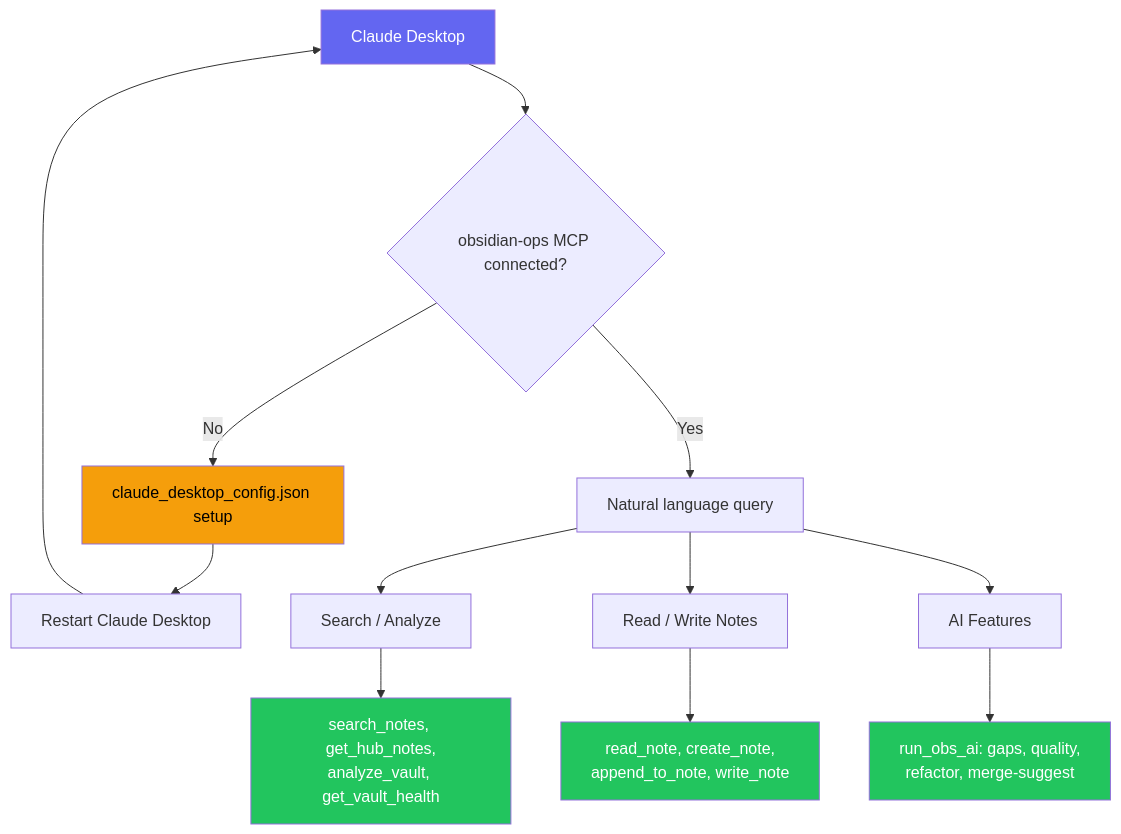
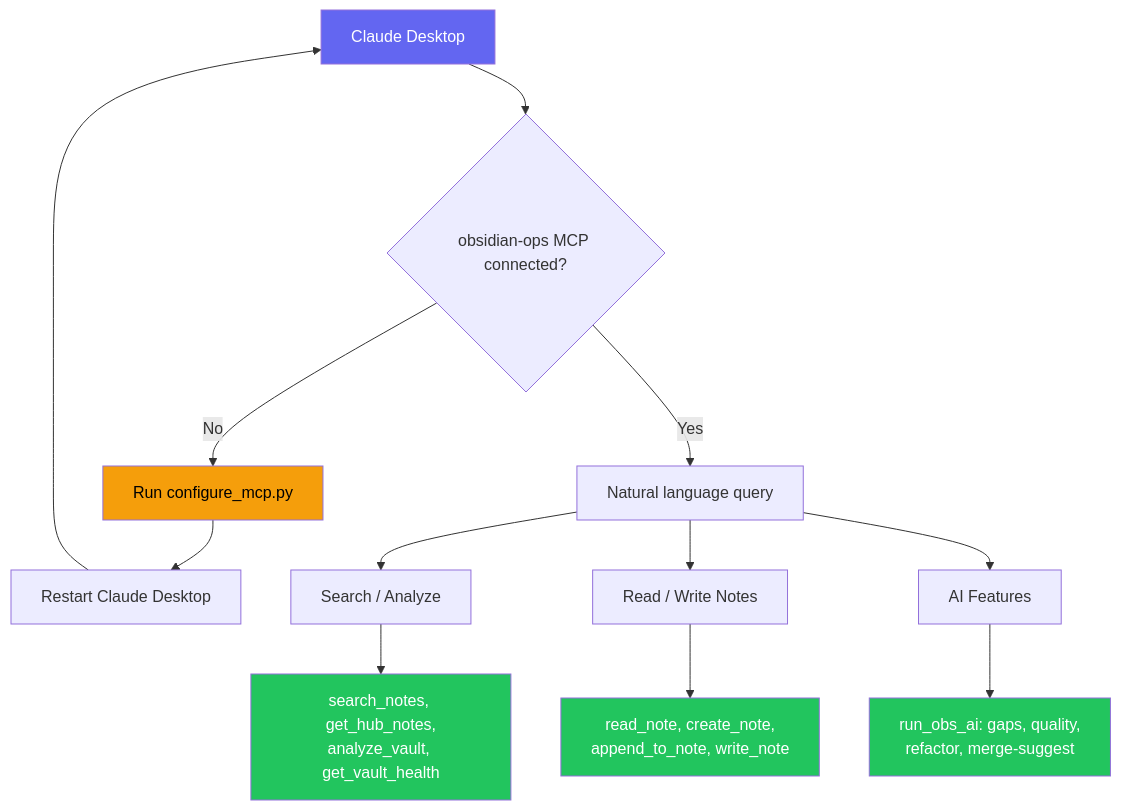
The seventh of 9 diagrams in docs_mkdocs/workflows.md (Data-Wise/obsidian-cli-ops), drawn with Mermaid before and after one commit. The commit also changed 3 other files, not shown here.

First line of the commit message:
docs: fix stale MCP setup instructions (claude_desktop_config.json -> configure_mcp.py)

````diff
--- a/docs_mkdocs/workflows.md
+++ b/docs_mkdocs/workflows.md
@@ -166,19 +166,19 @@
 ```mermaid
 graph TD
     A[Claude Desktop] --> B{obsidian-ops MCP connected?}
-    B -->|No| C[claude_desktop_config.json setup]
+    B -->|No| C[Run configure_mcp.py]
     C --> D[Restart Claude Desktop]
     D --> A
     B -->|Yes| E[Natural language query]
     E --> F[Search / Analyze]
     E --> G[Read / Write Notes]
     E --> H[AI Features]
     F --> I["search_notes, get_hub_notes,<br/>analyze_vault, get_vault_health"]
     G --> J["read_note, create_note,<br/>append_to_note, write_note"]
     H --> K["run_obs_ai: gaps, quality,<br/>refactor, merge-suggest"]
     style A fill:#6366f1,color:#fff
     style C fill:#f59e0b,color:#000
     style I fill:#22c55e,color:#fff
     style J fill:#22c55e,color:#fff
     style K fill:#22c55e,color:#fff
 ```
````
